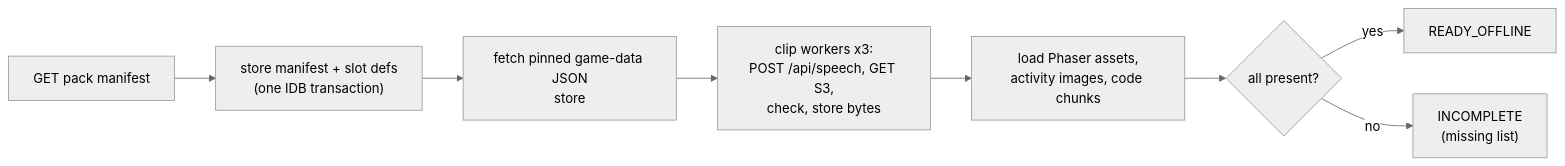
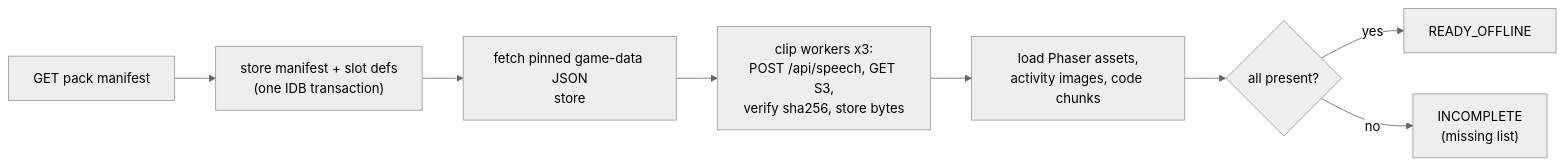
One commit to jacklavelle286/space-tower-defence changed the sixth of 6 diagrams in docs/plan/E-architecture.md. Above: the diagram before and after it, drawn with Mermaid (neutral theme). The commit also changed other lines of this file and 19 other files, not shown here.

````diff
--- a/docs/plan/E-architecture.md
+++ b/docs/plan/E-architecture.md
@@ -830,10 +838,10 @@
 ```mermaid
 flowchart LR
   A["GET pack manifest"] --> B["store manifest + slot defs<br/>(one IDB transaction)"]
   B --> C["fetch pinned game-data JSON<br/>store"]
-  C --> D["clip workers x3:<br/>POST /api/speech, GET S3,<br/>check, store bytes"]
+  C --> D["clip workers x3:<br/>POST /api/speech, GET S3,<br/>verify sha256, store bytes"]
   D --> E["load Phaser assets,<br/>activity images, code chunks"]
   E --> F{"all present?"}
   F -->|"yes"| G["READY_OFFLINE"]
   F -->|"no"| H["INCOMPLETE<br/>(missing list)"]
 ```
````
